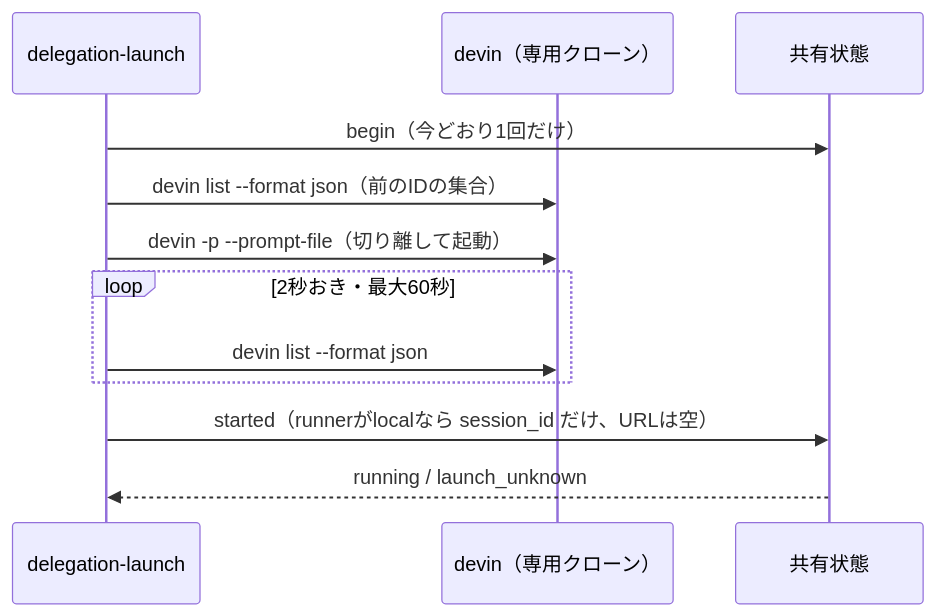
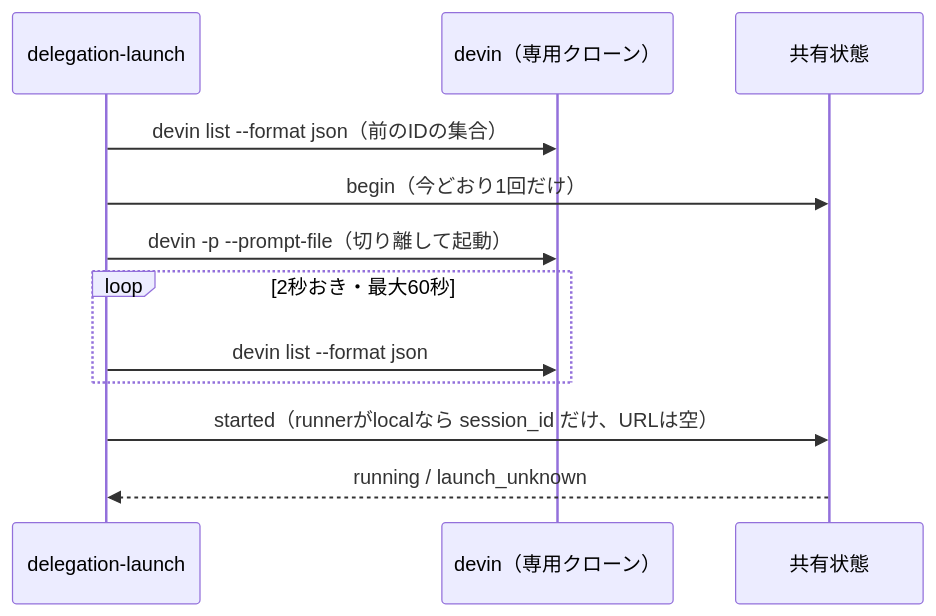
One commit to oze-xxbumpxx/Tomotabi changed the second of 2 diagrams in docs/designs/devin-local-session.md. Above: the diagram before and after it, drawn with Mermaid. The commit also changed other lines of this file, not shown here.

````diff
--- a/docs/designs/devin-local-session.md
+++ b/docs/designs/devin-local-session.md
@@ -66,14 +66,14 @@
 ```mermaid
 sequenceDiagram
   participant L as delegation-launch
   participant D as devin（専用クローン）
   participant S as 共有状態
+  L->>D: devin list --format json（前のIDの集合）
   L->>S: begin（今どおり1回だけ）
-  L->>D: devin list --format json（前のIDの集合）
   L->>D: devin -p --prompt-file（切り離して起動）
   loop 2秒おき・最大60秒
     L->>D: devin list --format json
   end
   L->>S: started（runnerがlocalなら session_id だけ、URLは空）
   S-->>L: running / launch_unknown
 ```
````
